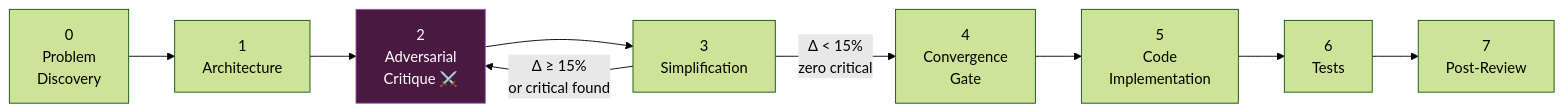
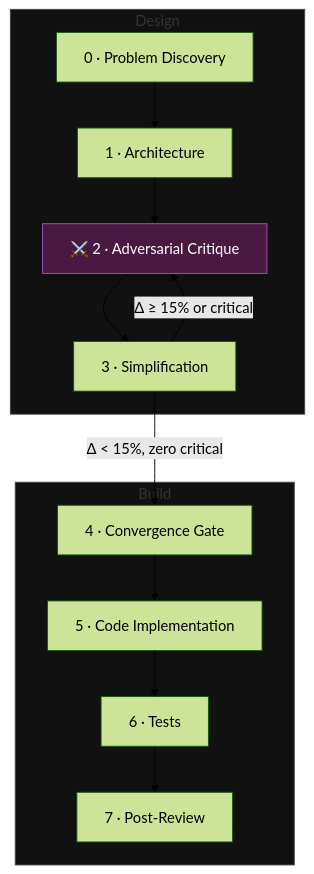
Before and after one commit to jasminemoreira/Versus: the fourth of 4 diagrams in README.md, drawn with Mermaid (forest theme).

Commit message:
Revise IACDM cycle diagram in README
Updated the IACDM cycle diagram to a new format with improved clarity and structure.

````diff
--- a/README.md
+++ b/README.md
@@ -181,13 +181,21 @@
 ```mermaid
-flowchart LR
-    P0["0<br/>Problem<br/>Discovery"] --> P1["1<br/>Architecture"]
-    P1 --> P2["2<br/>Adversarial<br/>Critique ⚔️"]
-    P2 --> P3["3<br/>Simplification"]
-    P3 -->|"Δ < 15%<br/>zero critical"| P4["4<br/>Convergence<br/>Gate"]
-    P3 -->|"Δ ≥ 15%<br/>or critical found"| P2
-    P4 --> P5["5<br/>Code<br/>Implementation"]
-    P5 --> P6["6<br/>Tests"]
-    P6 --> P7["7<br/>Post-Review"]
+flowchart TD
+    subgraph row1["Design"]
+        P0["0 · Problem Discovery"] --> P1["1 · Architecture"]
+        P1 --> P2["⚔️ 2 · Adversarial Critique"]
+        P2 --> P3["3 · Simplification"]
+        P3 -->|"Δ ≥ 15% or critical"| P2
+    end
+
+    subgraph row2["Build"]
+        P4["4 · Convergence Gate"] --> P5["5 · Code Implementation"]
+        P5 --> P6["6 · Tests"]
+        P6 --> P7["7 · Post-Review"]
+    end
+
+    P3 -->|"Δ < 15%, zero critical"| P4
 
     style P2 fill:#4a1942,color:#fff,stroke:#9b59b6
+    style row1 fill:#111,stroke:#444
+    style row2 fill:#111,stroke:#444
 ```
````
